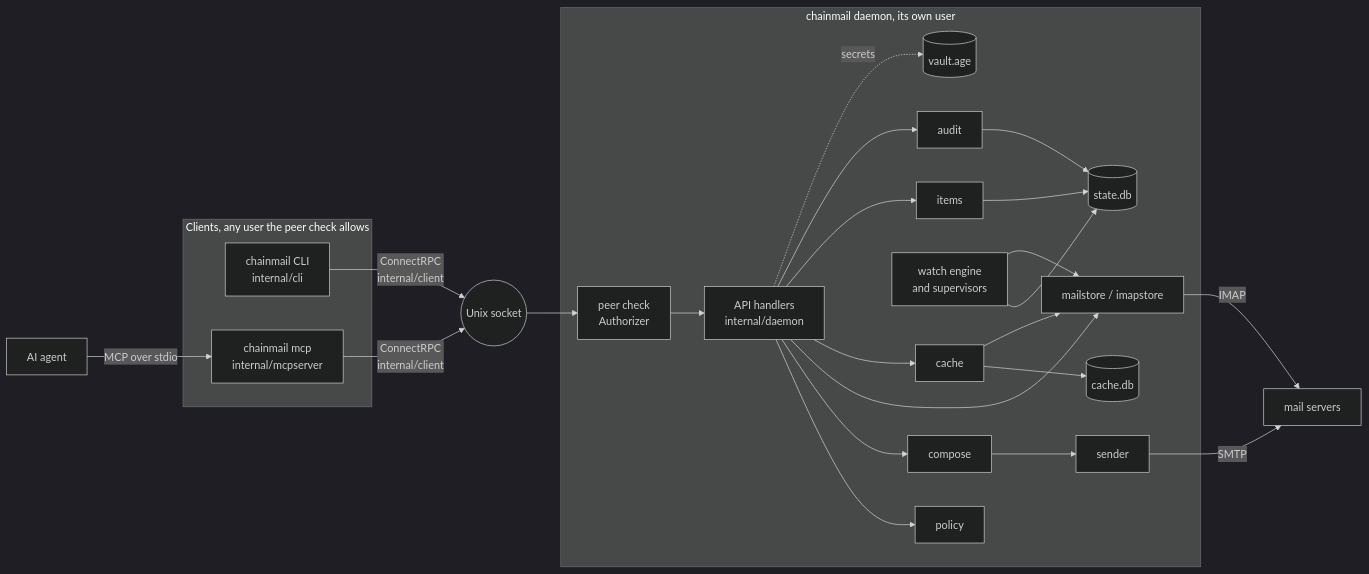
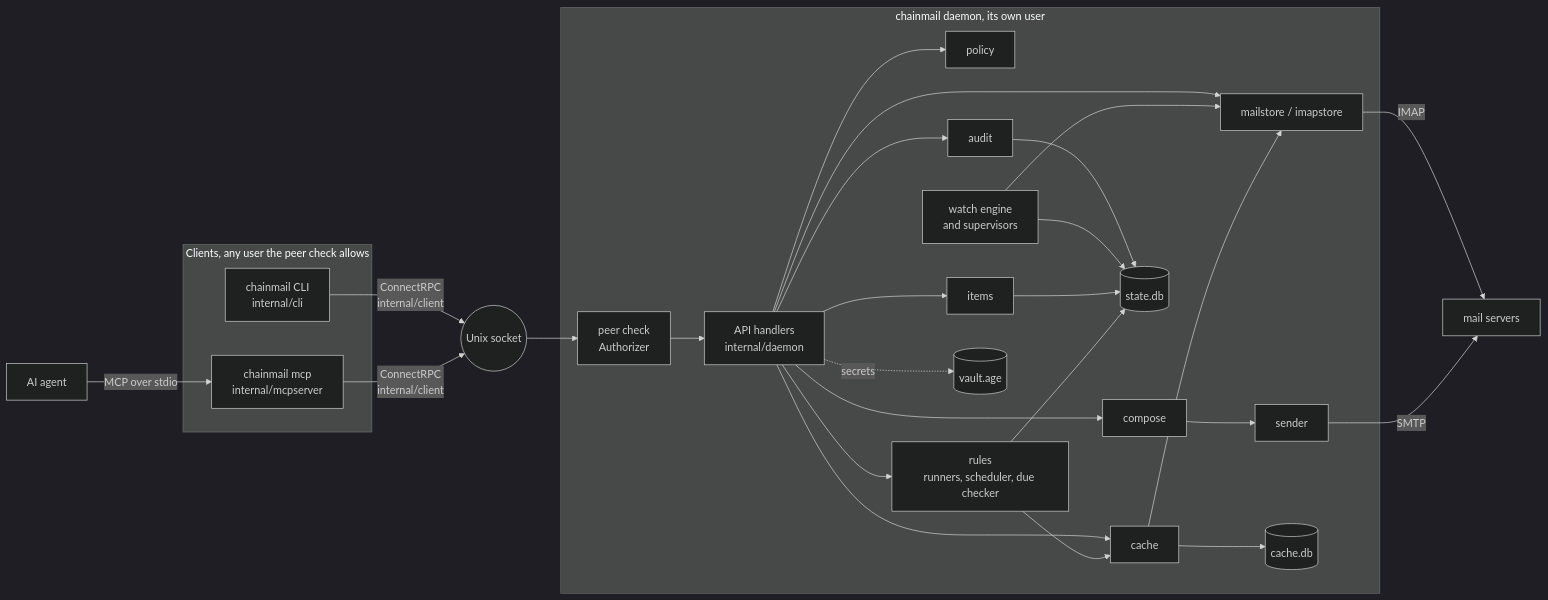
One commit to yaklabco/chainmail changed the first of 4 diagrams in website/docs/developers/architecture.md. Above: the diagram before and after it, drawn with Mermaid (dark theme). The commit also changed other lines of this file and 238 other files, not shown here.

First line of the commit message:
feat: rules and item due events (SP8) (#36)

````diff
--- a/website/docs/developers/architecture.md
+++ b/website/docs/developers/architecture.md
@@ -21,40 +21,44 @@
 ```mermaid
 flowchart LR
   subgraph clients[Clients, any user the peer check allows]
     CLI[chainmail CLI<br/>internal/cli]
     MCP[chainmail mcp<br/>internal/mcpserver]
   end
   Agent[AI agent] -- MCP over stdio --> MCP
   CLI -- ConnectRPC<br/>internal/client --> Sock((Unix socket))
   MCP -- ConnectRPC<br/>internal/client --> Sock
   subgraph daemon[chainmail daemon, its own user]
     Peer[peer check<br/>Authorizer]
     H[API handlers<br/>internal/daemon]
     Pol[policy]
     Aud[audit]
     Comp[compose]
     Send[sender]
     Store[mailstore / imapstore]
     W[watch engine<br/>and supervisors]
     C[cache]
     It[items]
+    Ru[rules<br/>runners, scheduler, due checker]
     V[(vault.age)]
     S[(state.db)]
     K[(cache.db)]
   end
   Sock --> Peer --> H
   H --> Pol
   H --> Comp --> Send
   H --> Store
   H --> C
   H --> It
   H --> Aud --> S
   W --> S
   It --> S
+  H --> Ru
+  Ru --> S
+  Ru --> C
   C --> K
   W --> Store
   C --> Store
   H -. secrets .-> V
   Store -- IMAP --> Mail[mail servers]
   Send -- SMTP --> Mail
 ```
````
